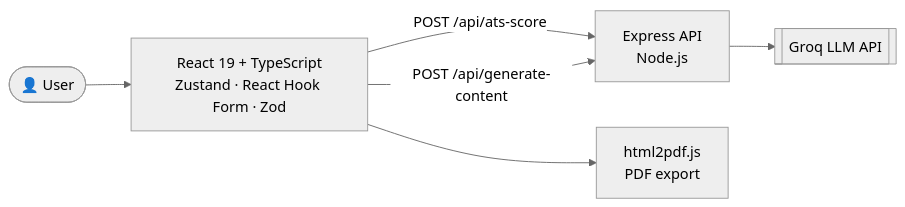
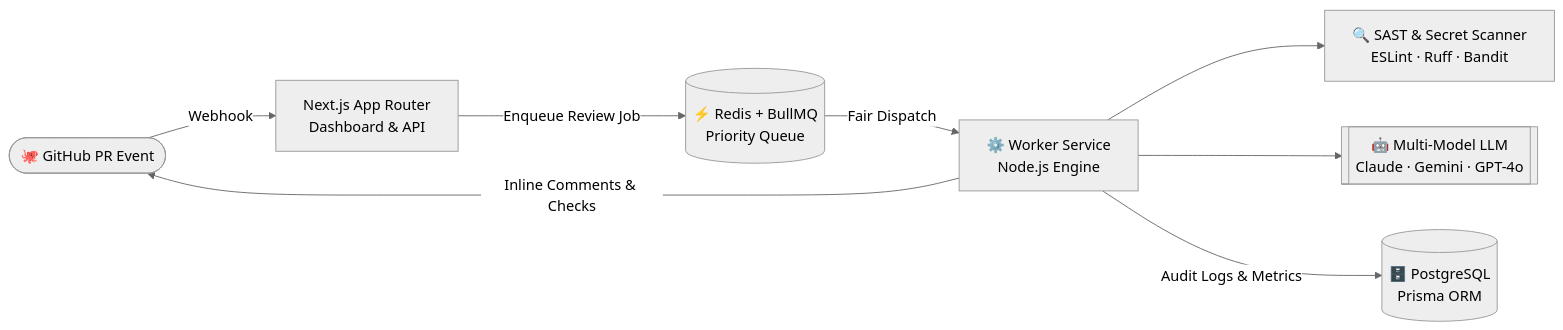
Before and after one commit to vedant-175/vedant-175: the diagram in README.md, drawn with Mermaid (neutral theme). The commit also changed other lines of this file, not shown here.

Commit message:
feat: feature GitSentinel as primary showcase project

````diff
--- a/README.md
+++ b/README.md
@@ -76,8 +77,10 @@
 ```mermaid
 flowchart LR
-    U(["👤 User"]) --> F["React 19 + TypeScript<br/>Zustand · React Hook Form · Zod"]
-    F -->|"POST /api/ats-score"| B["Express API<br/>Node.js"]
-    F -->|"POST /api/generate-content"| B
-    B --> G[["Groq LLM API"]]
-    F --> P["html2pdf.js<br/>PDF export"]
+    GH(["🐙 GitHub PR Event"]) -->|Webhook| W["Next.js App Router<br/>Dashboard & API"]
+    W -->|Enqueue Review Job| R[("⚡ Redis + BullMQ<br/>Priority Queue")]
+    R -->|Fair Dispatch| K["⚙️ Worker Service<br/>Node.js Engine"]
+    K --> S["🔍 SAST & Secret Scanner<br/>ESLint · Ruff · Bandit"]
+    K --> L[["🤖 Multi-Model LLM<br/>Claude · Gemini · GPT-4o"]]
+    K -->|"Inline Comments & Checks"| GH
+    K -->|"Audit Logs & Metrics"| DB[("🗄️ PostgreSQL<br/>Prisma ORM")]
 ```
````
